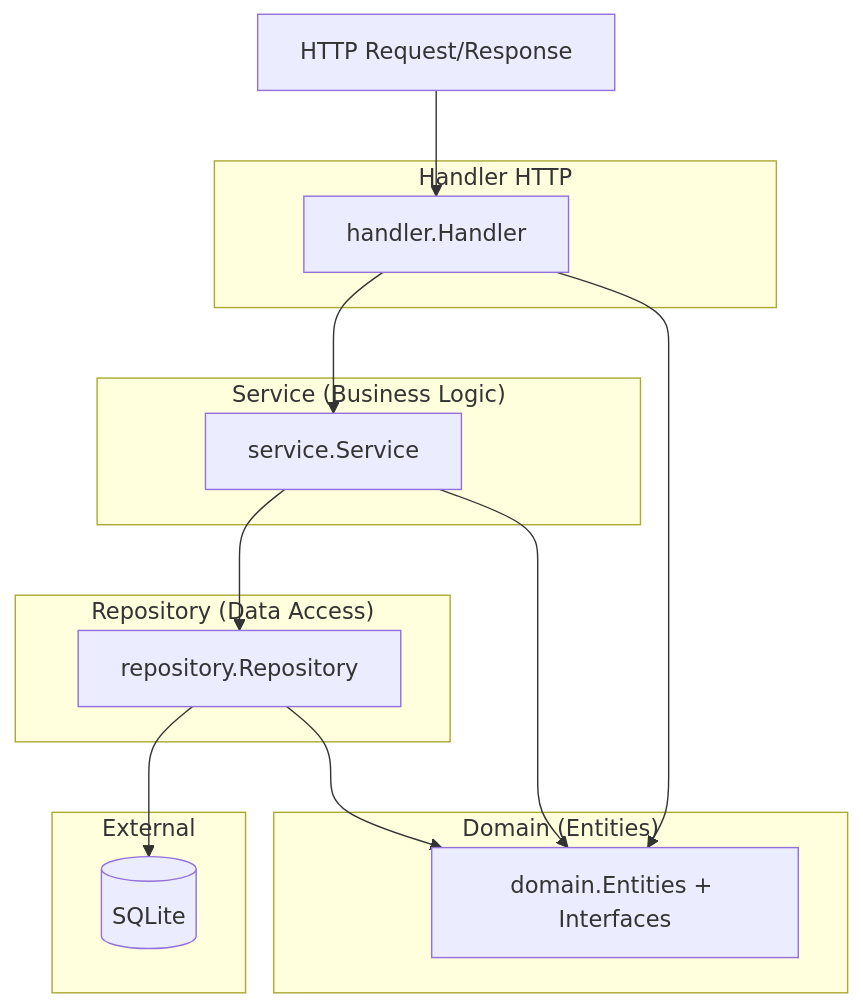
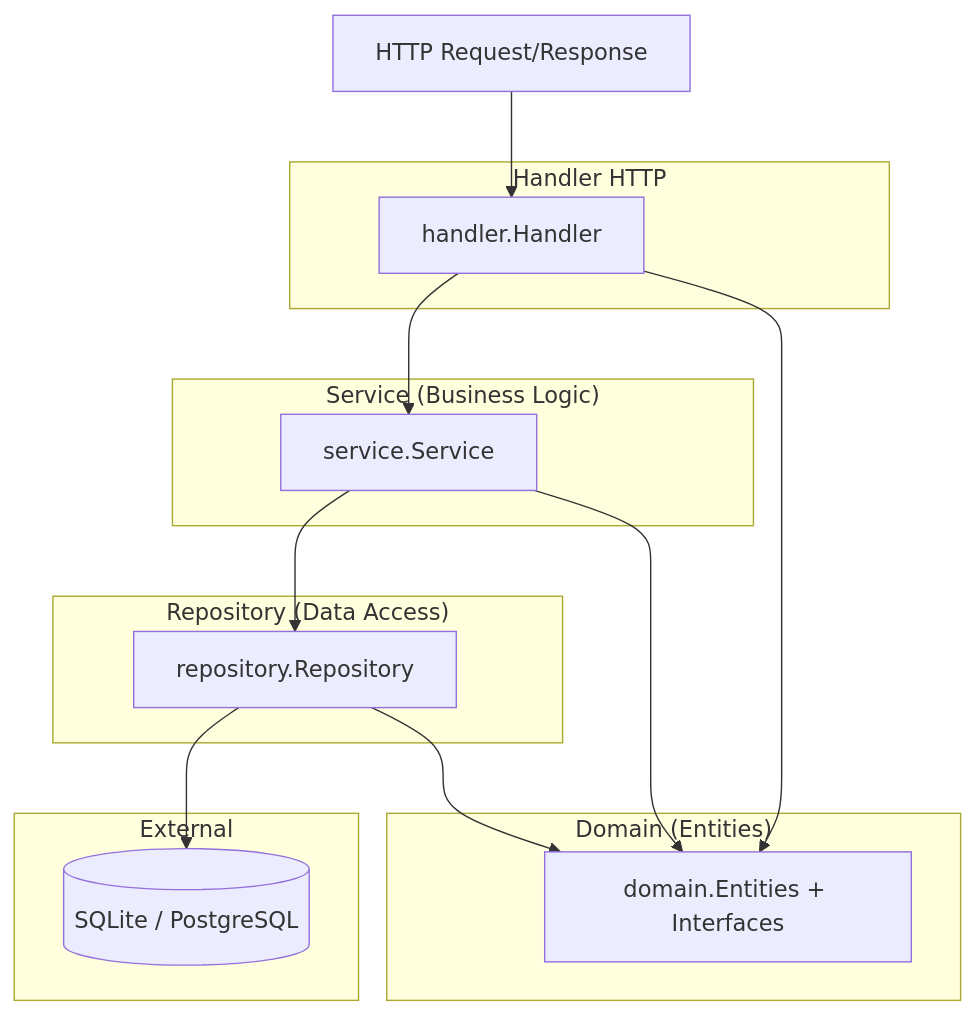
Before and after one commit to Chamoouske/finance-tracker: the second of 5 diagrams in docs/ARCHITECTURE.md, drawn with Mermaid. The commit also changed other lines of this file and 3 other files, not shown here.

````diff
--- a/docs/ARCHITECTURE.md
+++ b/docs/ARCHITECTURE.md
@@ -328,30 +328,30 @@
 ```mermaid
 flowchart TD
     subgraph "Handler HTTP"
         H[handler.Handler]
     end
     
     subgraph "Service (Business Logic)"
         S[service.Service]
     end
     
     subgraph "Repository (Data Access)"
         R[repository.Repository]
     end
     
     subgraph "Domain (Entities)"
         D[domain.Entities + Interfaces]
     end
     
     subgraph "External"
-        DB[(SQLite)]
+        DB[(SQLite / PostgreSQL)]
     end
     
     HTTP[HTTP Request/Response] --> H
     H --> S
     S --> R
     R --> DB
     S --> D
     R --> D
     H --> D
 ```
````
